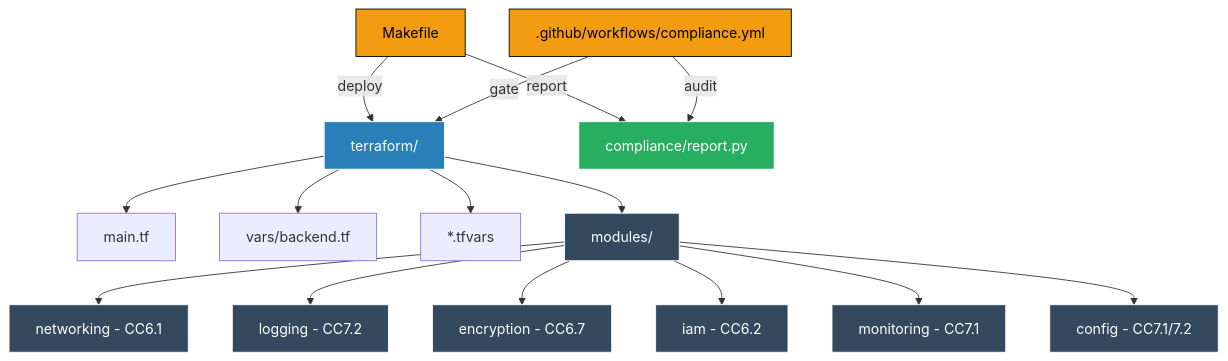
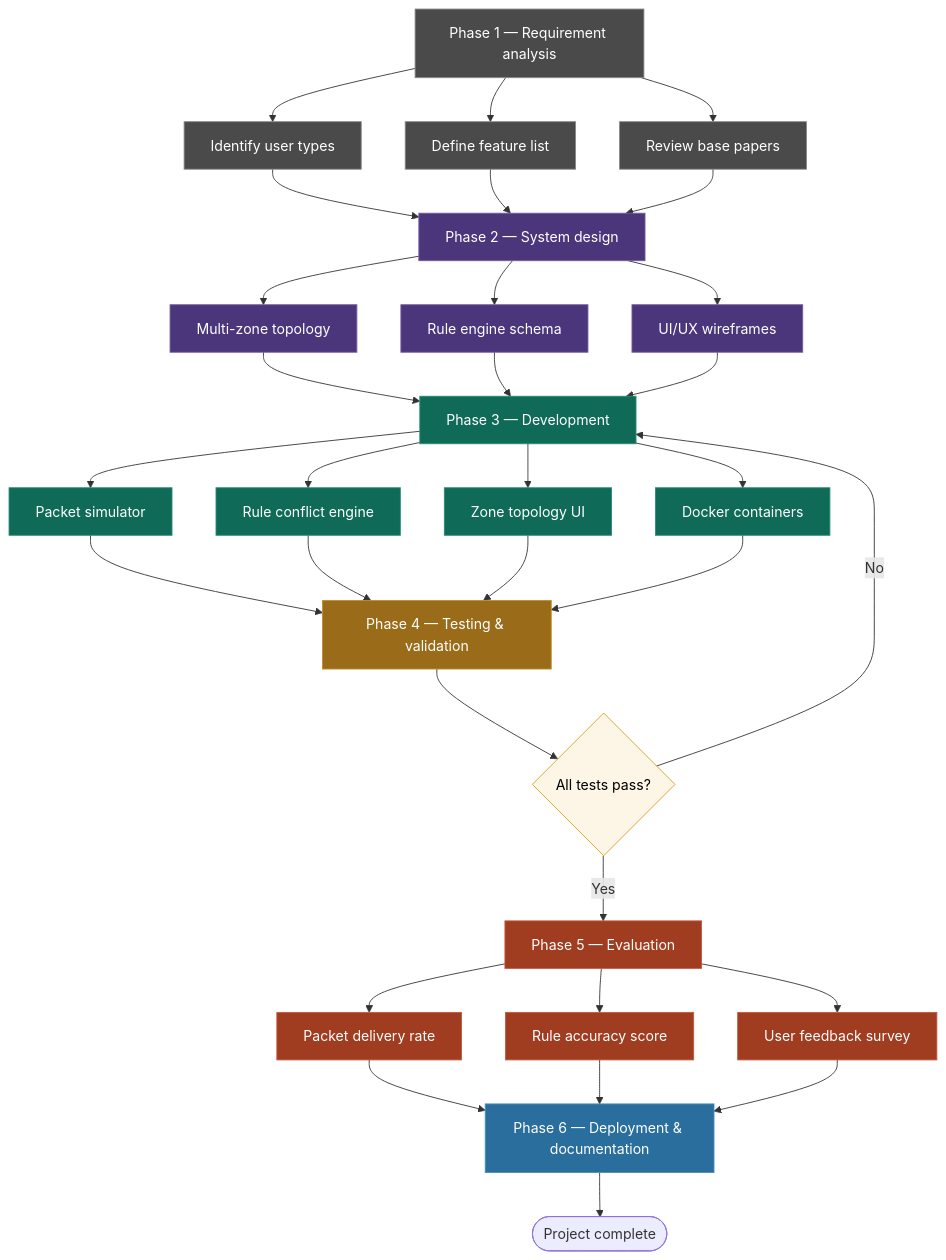
Before and after one commit to KADHIRAVANEG/FLAMES: the diagram in README.md, drawn with Mermaid. The commit also changed other lines of this file, not shown here.

First line of the commit message:
Revise README for FortiSim project overview

````diff
--- a/README.md
+++ b/README.md
@@ -124,36 +113,47 @@
 ```mermaid
 flowchart TD
     %% Styling Definitions
-    classDef infra fill:#2980b9,stroke:#fff,color:#fff;
-    classDef module fill:#34495e,stroke:#fff,color:#fff;
-    classDef glue fill:#f39c12,stroke:#000,color:#000;
-    classDef comp fill:#27ae60,stroke:#fff,color:#fff;
+    classDef p1 fill:#4a4a4a,stroke:#888,color:#fff
+    classDef p2 fill:#4b367c,stroke:#775ba0,color:#fff
+    classDef p3 fill:#0f6b58,stroke:#268d77,color:#fff
+    classDef p4 fill:#9a6b18,stroke:#c48d28,color:#fff
+    classDef p5 fill:#a03c20,stroke:#c4583b,color:#fff
+    classDef p6 fill:#296e9c,stroke:#4a8dbd,color:#fff
+    classDef decision fill:#fdf5e6,stroke:#d4a017,color:#000
 
-    %% Orchestration Layer
-    MK[Makefile]:::glue
-    CI[.github/workflows/compliance.yml]:::glue
-
-    %% Terraform Root
-    TF_Root[terraform/]:::infra
-    TF_Root --> Main[main.tf]
-    TF_Root --> Vars[vars/backend.tf]
-    TF_Root --> TFVars[*.tfvars]
-
-    %% Module Layer
-    TF_Root --> Mod[modules/]:::module
-    Mod --> N[networking - CC6.1]:::module
-    Mod --> L[logging - CC7.2]:::module
-    Mod --> E[encryption - CC6.7]:::module
-    Mod --> I[iam - CC6.2]:::module
-    Mod --> M[monitoring - CC7.1]:::module
-    Mod --> C[config - CC7.1/7.2]:::module
-
-    %% Compliance Evidence Layer
-    Comp[compliance/report.py]:::comp
-
-    %% Connections
-    MK -->|deploy| TF_Root
-    MK -->|report| Comp
-    CI -->|gate| TF_Root
-    CI -->|audit| Comp
+    %% Phase 1
+    P1[Phase 1 — Requirement analysis]:::p1
+    P1 --> S1_1[Identify user types]:::p1
+    P1 --> S1_2[Define feature list]:::p1
+    P1 --> S1_3[Review base papers]:::p1
+    
+    %% Phase 2
+    S1_1 & S1_2 & S1_3 --> P2[Phase 2 — System design]:::p2
+    P2 --> S2_1[Multi-zone topology]:::p2
+    P2 --> S2_2[Rule engine schema]:::p2
+    P2 --> S2_3[UI/UX wireframes]:::p2
+    
+    %% Phase 3
+    S2_1 & S2_2 & S2_3 --> P3[Phase 3 — Development]:::p3
+    P3 --> S3_1[Packet simulator]:::p3
+    P3 --> S3_2[Rule conflict engine]:::p3
+    P3 --> S3_3[Zone topology UI]:::p3
+    P3 --> S3_4[Docker containers]:::p3
+    
+    %% Phase 4
+    S3_1 & S3_2 & S3_3 & S3_4 --> P4[Phase 4 — Testing & validation]:::p4
+    P4 --> Test{All tests pass?}:::decision
+    
+    %% Rework Loop
+    Test -- No --> P3
+    
+    %% Phase 5
+    Test -- Yes --> P5[Phase 5 — Evaluation]:::p5
+    P5 --> S5_1[Packet delivery rate]:::p5
+    P5 --> S5_2[Rule accuracy score]:::p5
+    P5 --> S5_3[User feedback survey]:::p5
+    
+    %% Phase 6
+    S5_1 & S5_2 & S5_3 --> P6[Phase 6 — Deployment & documentation]:::p6
+    P6 --> Finish([Project complete])
 ```
````
